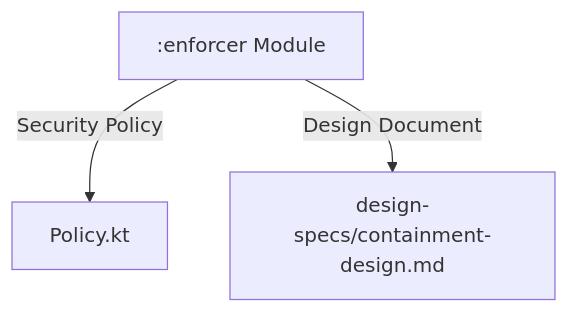
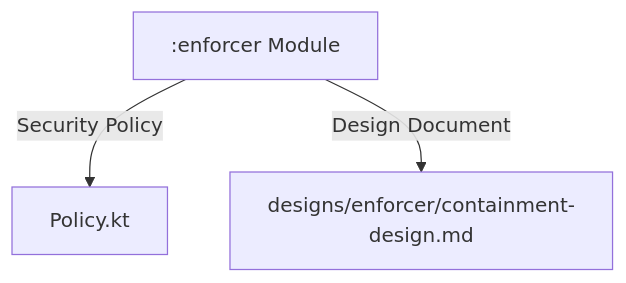
Before and after one commit to Pilleo/mazewall: the diagram in docs/internals/documentation-standards.md, drawn with Mermaid. The commit also changed other lines of this file and 31 other files, not shown here.

````diff
--- a/docs/internals/documentation-standards.md
+++ b/docs/internals/documentation-standards.md
@@ -57,7 +57,7 @@
     ```mermaid
     graph TD
         Enforcer[":enforcer Module"] -->|Security Policy| PolicyClass[Policy.kt]
-        Enforcer -->|Design Document| ContainmentDesign[design-specs/containment-design.md]
+        Enforcer -->|Design Document| ContainmentDesign[designs/enforcer/containment-design.md]
         
-        click ContainmentDesign "design-specs/containment-design.md"
+        click ContainmentDesign "designs/enforcer/containment-design.md"
     ```
````
